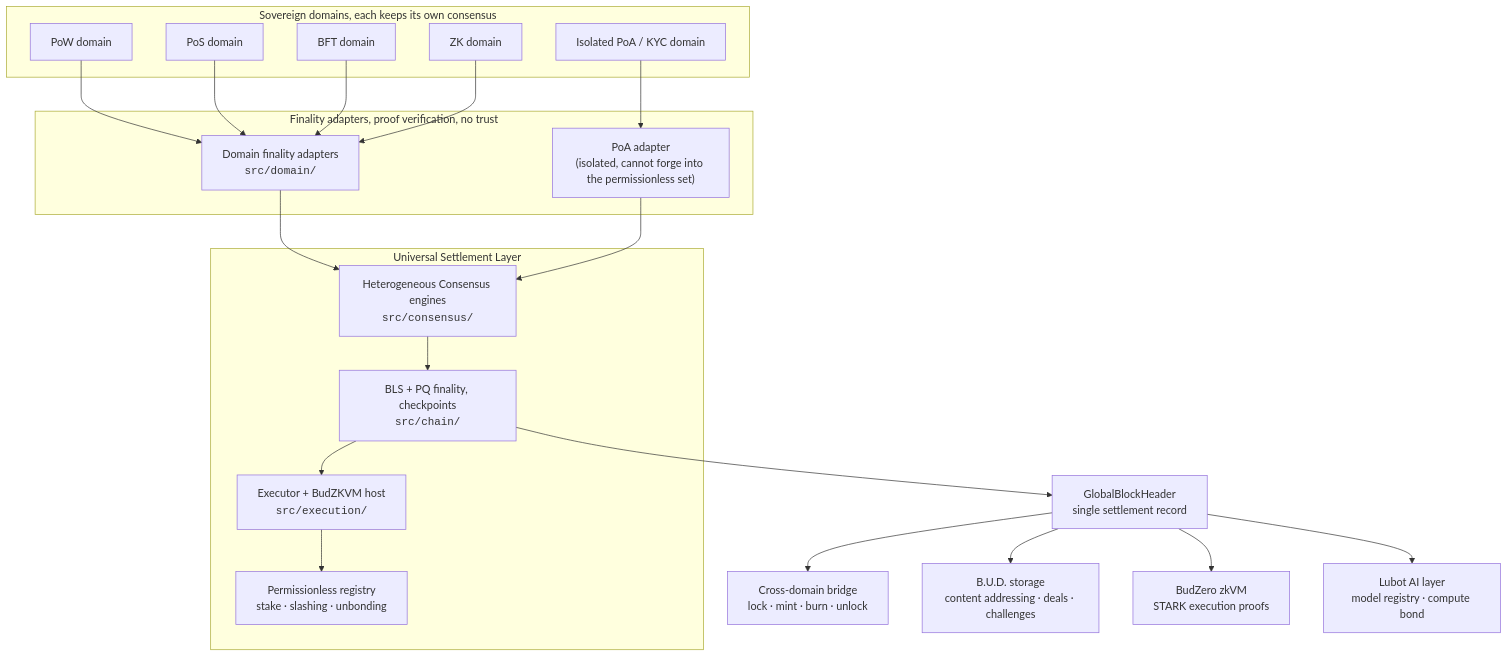
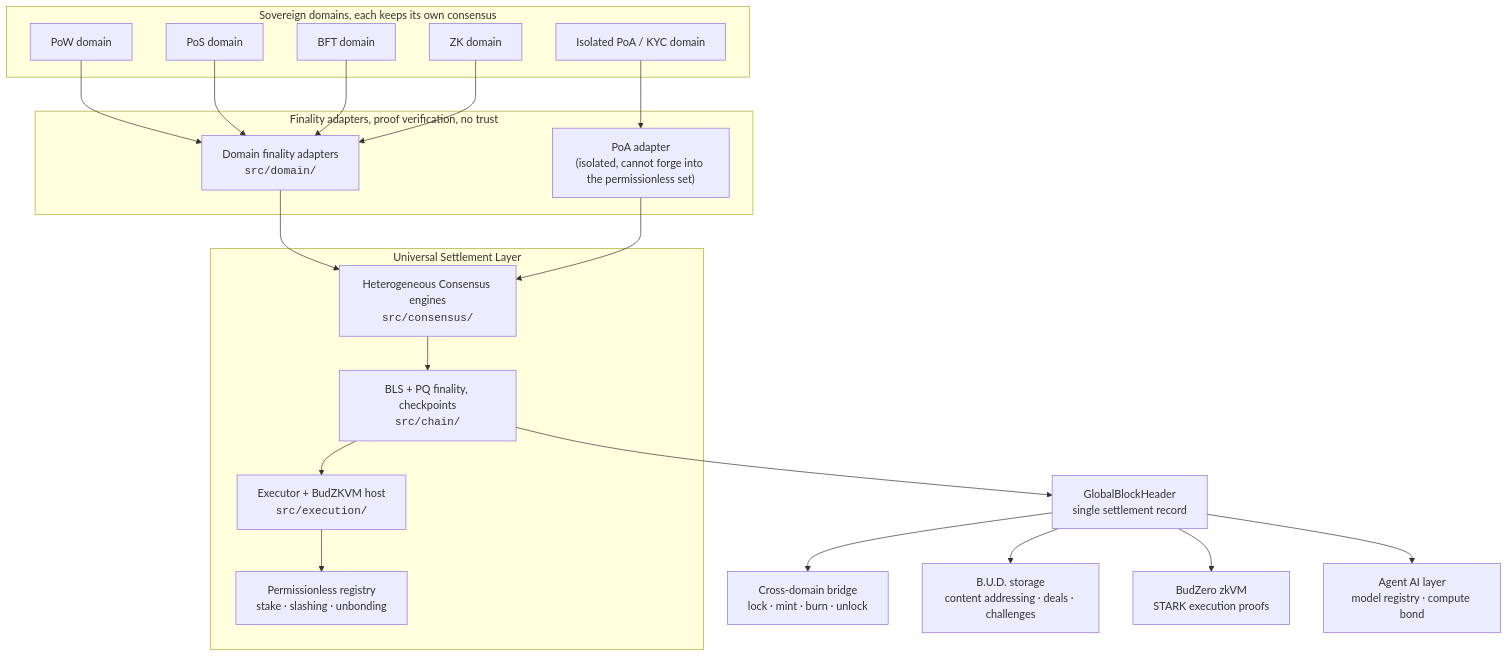
The diagram in README.md (budlum-xyz/budlum), drawn with Mermaid before and after one commit. The commit also changed other lines of this file and 175 other files, not shown here.

Commit message:
budlum rename the on-chain agent layer, no product name in the node

````diff
--- a/README.md
+++ b/README.md
@@ -65,39 +65,39 @@
 ```mermaid
 flowchart TB
   subgraph Domains["Sovereign domains, each keeps its own consensus"]
     PoW["PoW domain"]
     PoS["PoS domain"]
     BFT["BFT domain"]
     ZKD["ZK domain"]
     PoA["Isolated PoA / KYC domain"]
   end
 
   subgraph Adapters["Finality adapters, proof verification, no trust"]
     FA["Domain finality adapters<br/><code>src/domain/</code>"]
     PA["PoA adapter<br/>(isolated, cannot forge into the permissionless set)"]
   end
 
   subgraph USL["Universal Settlement Layer"]
     CONS["Heterogeneous Consensus engines<br/><code>src/consensus/</code>"]
     FIN["BLS + PQ finality, checkpoints<br/><code>src/chain/</code>"]
     EXEC["Executor + BudZKVM host<br/><code>src/execution/</code>"]
     REG["Permissionless registry<br/>stake · slashing · unbonding"]
   end
 
   PoW --> FA
   PoS --> FA
   BFT --> FA
   ZKD --> FA
   PoA --> PA
   FA --> CONS
   PA --> CONS
   CONS --> FIN
   FIN --> EXEC
   EXEC --> REG
 
   FIN --> GBH["GlobalBlockHeader<br/>single settlement record"]
   GBH --> BR["Cross-domain bridge<br/>lock · mint · burn · unlock"]
   GBH --> ST["B.U.D. storage<br/>content addressing · deals · challenges"]
   GBH --> ZK["BudZero zkVM<br/>STARK execution proofs"]
-  GBH --> AI["Lubot AI layer<br/>model registry · compute bond"]
+  GBH --> AI["Agent AI layer<br/>model registry · compute bond"]
 ```
````
